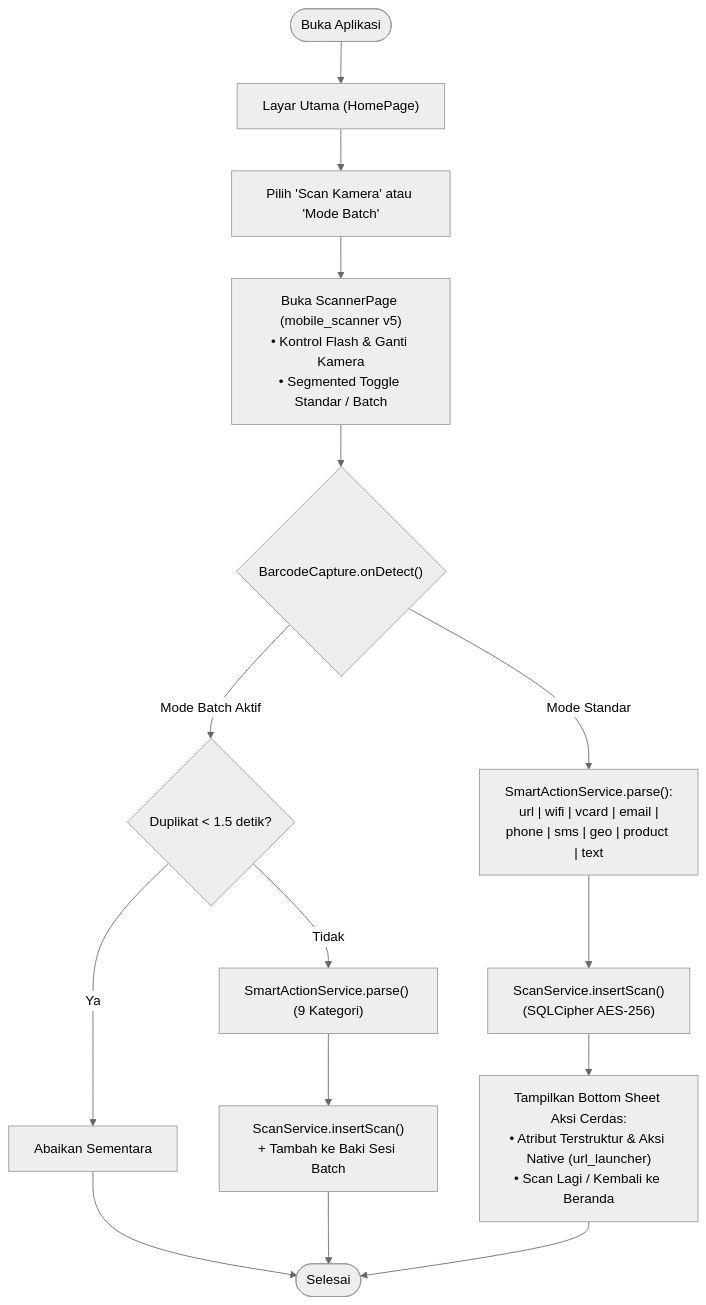
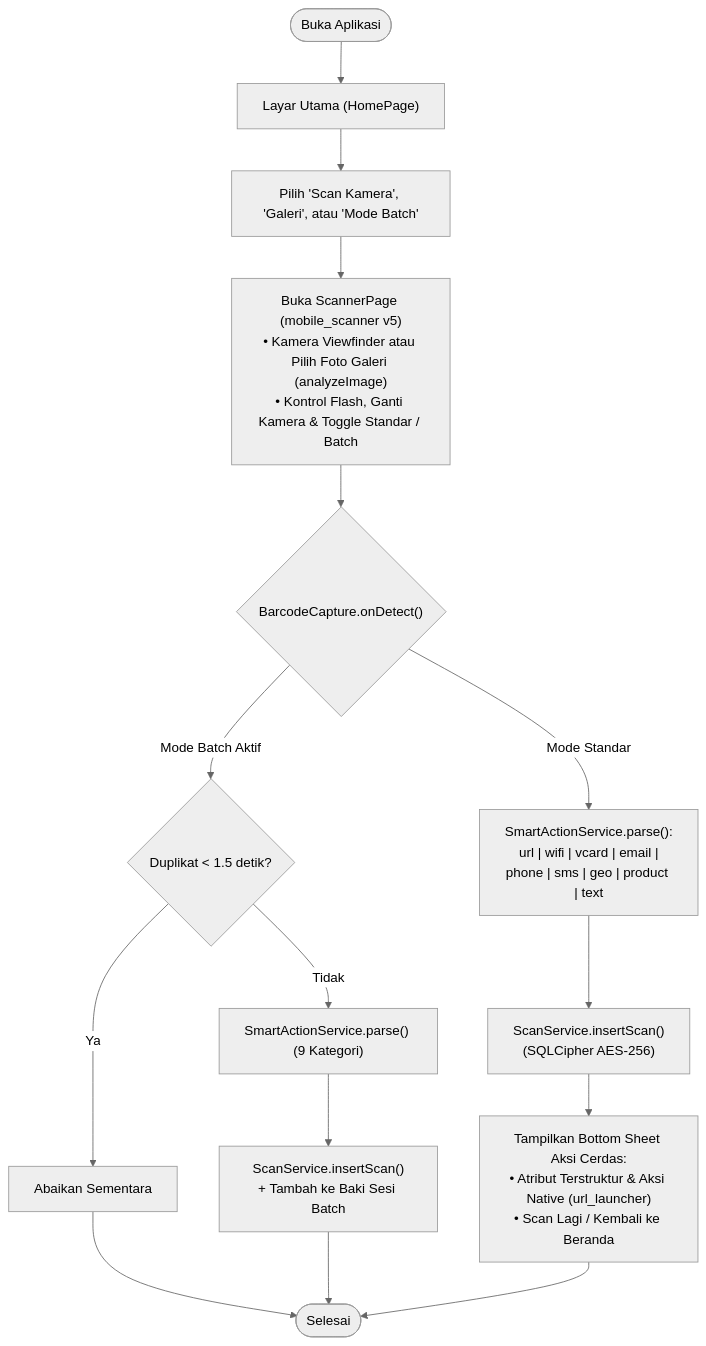
The second of 4 diagrams in doc/DOKUMENTASI_PROYEK.md (bagussatoto/QR-Scanner), drawn with Mermaid (neutral theme) before and after one commit. The commit also changed other lines of this file and 9 other files, not shown here.

````diff
--- a/doc/DOKUMENTASI_PROYEK.md
+++ b/doc/DOKUMENTASI_PROYEK.md
@@ -118,19 +118,19 @@
 ```mermaid
 flowchart TD
     Start(["Buka Aplikasi"]) --> Home["Layar Utama (HomePage)"]
-    Home --> PressScan["Pilih 'Scan Kamera' atau 'Mode Batch'"]
-    PressScan --> CamOpen["Buka ScannerPage (mobile_scanner v5)<br/>• Kontrol Flash & Ganti Kamera<br/>• Segmented Toggle Standar / Batch"]
+    Home --> PressScan["Pilih 'Scan Kamera', 'Galeri', atau 'Mode Batch'"]
+    PressScan --> CamOpen["Buka ScannerPage (mobile_scanner v5)<br/>• Kamera Viewfinder atau Pilih Foto Galeri (analyzeImage)<br/>• Kontrol Flash, Ganti Kamera & Toggle Standar / Batch"]
 
     CamOpen --> Capture{"BarcodeCapture.onDetect()"}
     Capture -- "Mode Batch Aktif" --> Debounce{"Duplikat < 1.5 detik?"}
     Debounce -- "Ya" --> Ignore["Abaikan Sementara"]
     Debounce -- "Tidak" --> ParseBatch["SmartActionService.parse() (9 Kategori)"]
     ParseBatch --> SaveBatch["ScanService.insertScan()<br/>+ Tambah ke Baki Sesi Batch"]
 
     Capture -- "Mode Standar" --> ParseSingle["SmartActionService.parse():<br/>url | wifi | vcard | email |<br/>phone | sms | geo | product | text"]
     ParseSingle --> SaveLocal["ScanService.insertScan()<br/>(SQLCipher AES-256)"]
     SaveLocal --> ShowSheet["Tampilkan Bottom Sheet Aksi Cerdas:<br/>• Atribut Terstruktur & Aksi Native (url_launcher)<br/>• Scan Lagi / Kembali ke Beranda"]
     SaveBatch --> End(["Selesai"])
     ShowSheet --> End
     Ignore --> End
 ```
````
